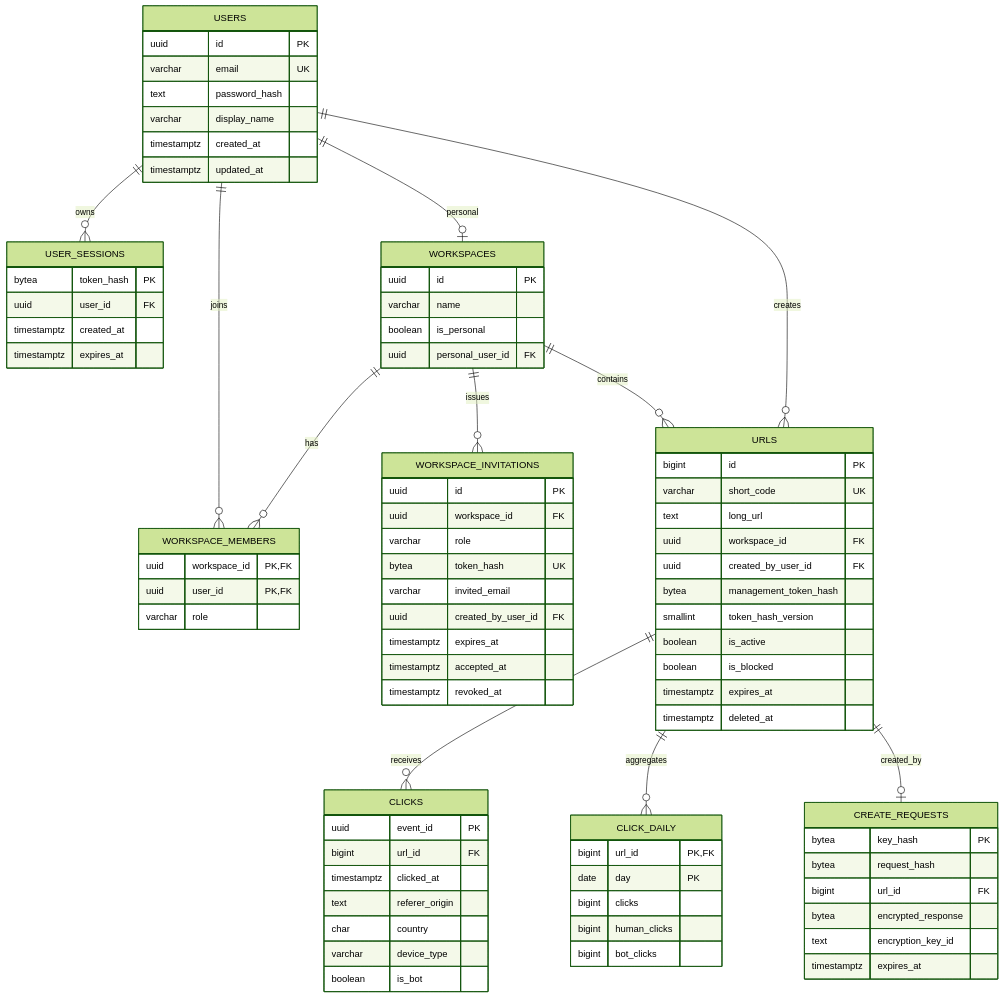
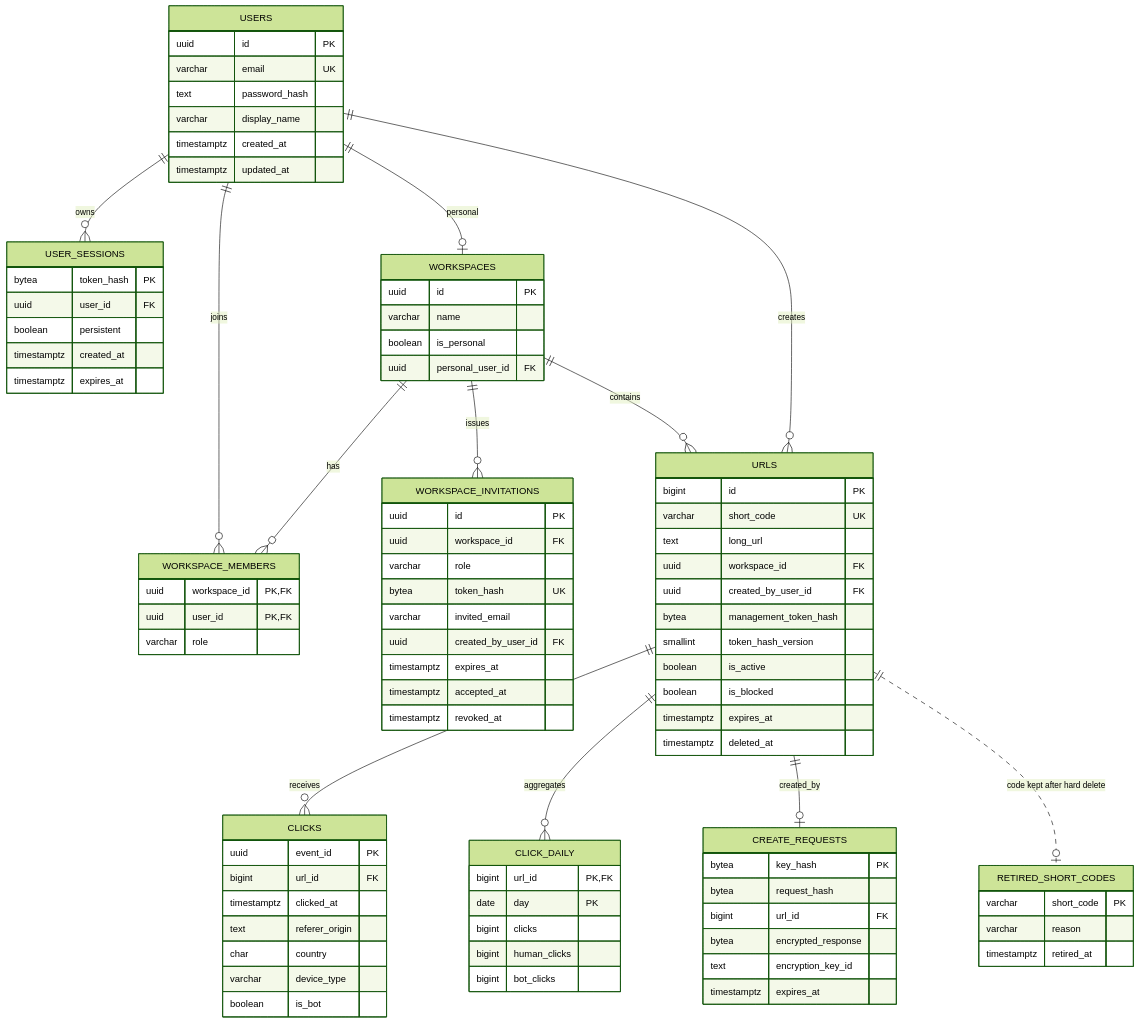
Before and after one commit to sarankumar1325/url-shortner: the diagram in docs/backend/data-model.md, drawn with Mermaid (forest theme). The commit also changed other lines of this file and 13 other files, not shown here.

```diff
--- a/docs/backend/data-model.md
+++ b/docs/backend/data-model.md
@@ -16,6 +16,7 @@
     URLS ||--o{ CLICKS : receives
     URLS ||--o{ CLICK_DAILY : aggregates
     URLS ||--o| CREATE_REQUESTS : created_by
+    URLS ||..o| RETIRED_SHORT_CODES : "code kept after hard delete"
     USERS {
         uuid id PK
         varchar email UK
@@ -27,8 +28,14 @@
     USER_SESSIONS {
         bytea token_hash PK
         uuid user_id FK
+        boolean persistent
         timestamptz created_at
         timestamptz expires_at
+    }
+    RETIRED_SHORT_CODES {
+        varchar short_code PK
+        varchar reason
+        timestamptz retired_at
     }
     WORKSPACES {
         uuid id PK
```
